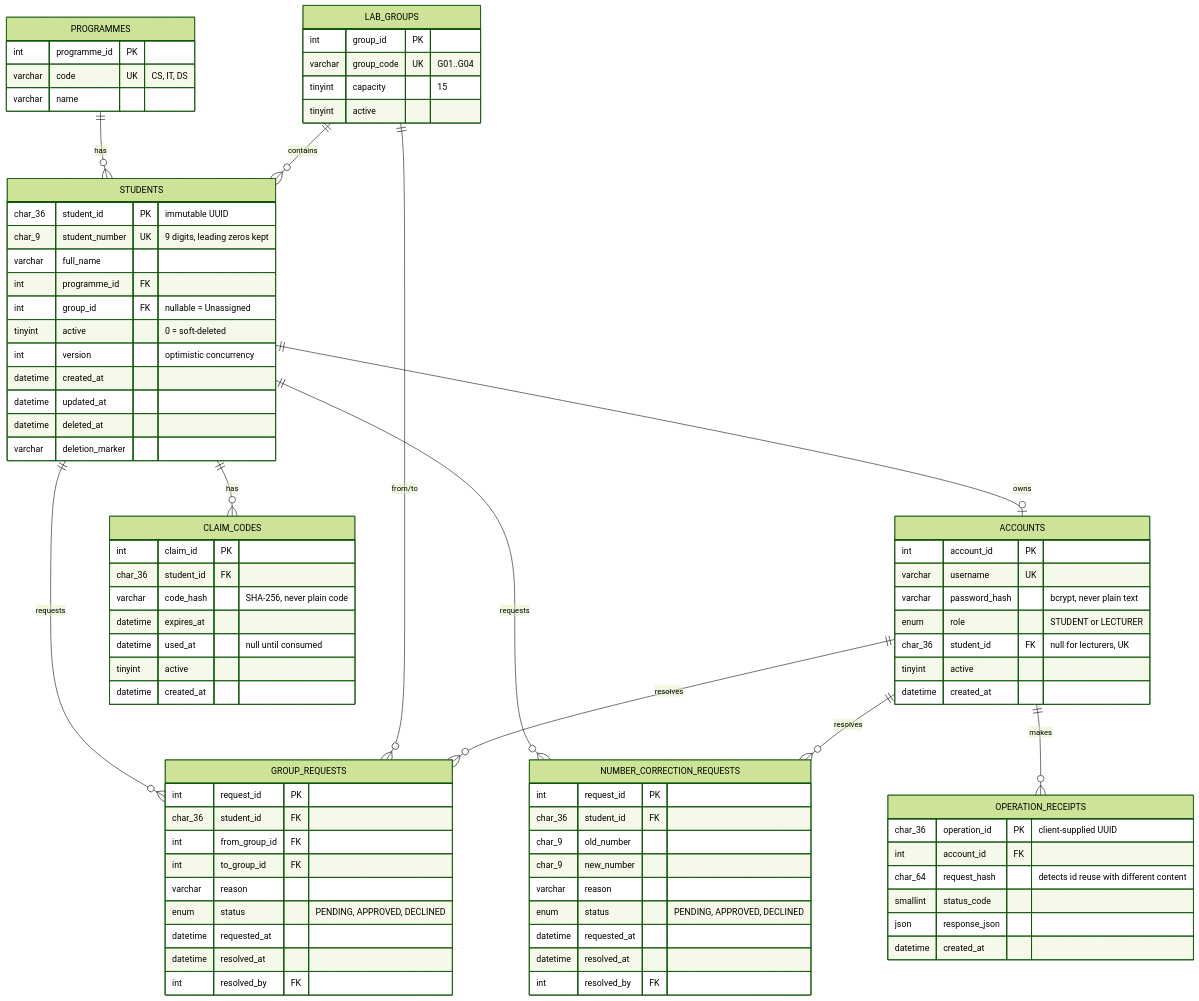
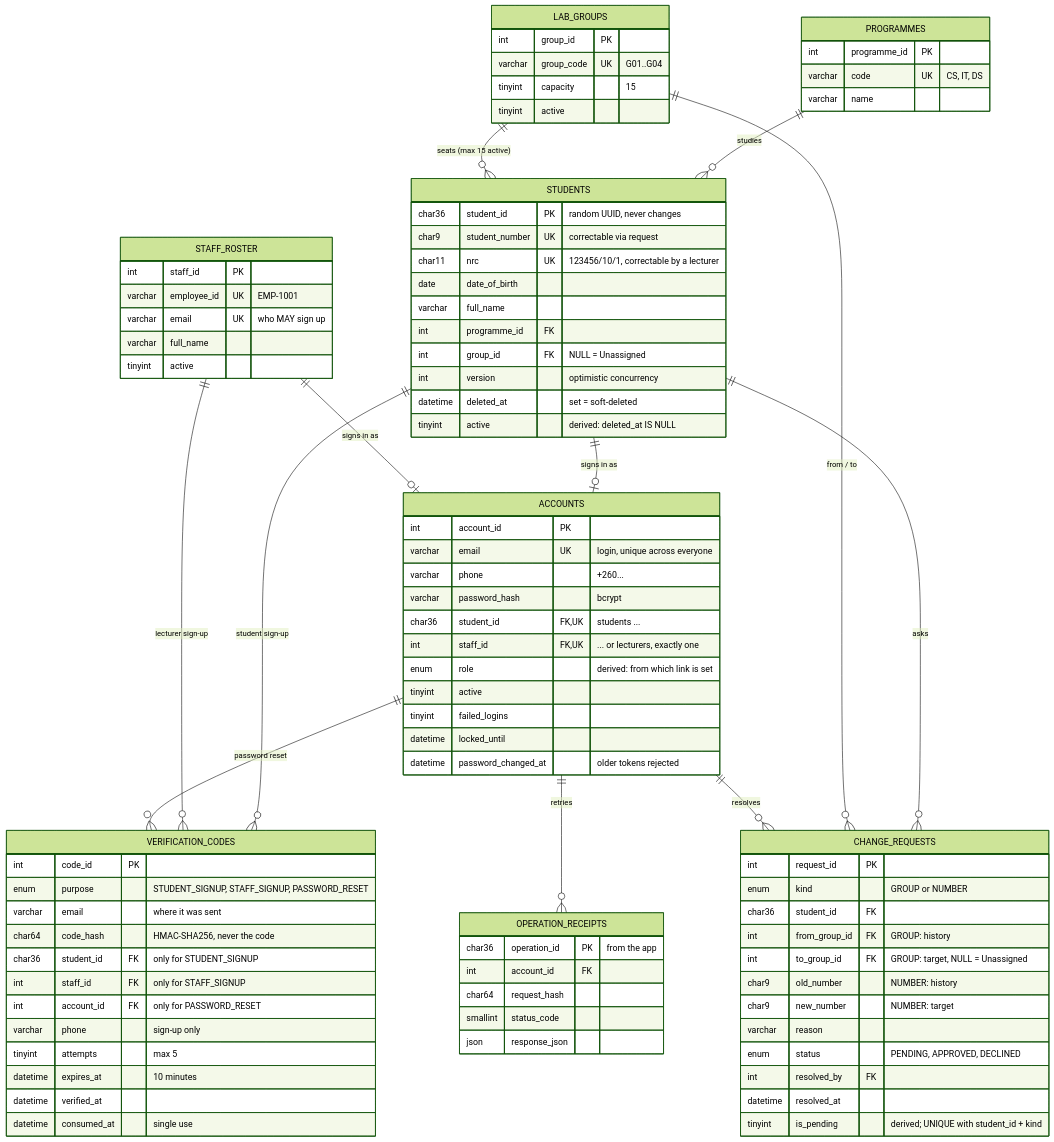
Before and after one commit to emmanuelviazi99-hub/MulungushiRegistrar: the diagram in mulungushi-registrar-backend/database/ER_DIAGRAM.md, drawn with Mermaid (forest theme). The commit also changed other lines of this file and 207 other files, not shown here.

First line of the commit message:
Connect app to backend: email-code sign-up, real sign-in, cleanup

````diff
--- a/mulungushi-registrar-backend/database/ER_DIAGRAM.md
+++ b/mulungushi-registrar-backend/database/ER_DIAGRAM.md
@@ -6,15 +7,16 @@
 ```mermaid
 erDiagram
-    PROGRAMMES ||--o{ STUDENTS : "has"
-    LAB_GROUPS ||--o{ STUDENTS : "contains"
-    STUDENTS ||--o| ACCOUNTS : "owns"
-    STUDENTS ||--o{ CLAIM_CODES : "has"
-    STUDENTS ||--o{ GROUP_REQUESTS : "requests"
-    STUDENTS ||--o{ NUMBER_CORRECTION_REQUESTS : "requests"
-    LAB_GROUPS ||--o{ GROUP_REQUESTS : "from/to"
-    ACCOUNTS ||--o{ GROUP_REQUESTS : "resolves"
-    ACCOUNTS ||--o{ NUMBER_CORRECTION_REQUESTS : "resolves"
-    ACCOUNTS ||--o{ OPERATION_RECEIPTS : "makes"
+    PROGRAMMES ||--o{ STUDENTS : "studies"
+    LAB_GROUPS ||--o{ STUDENTS : "seats (max 15 active)"
+    STUDENTS ||--o| ACCOUNTS : "signs in as"
+    STAFF_ROSTER ||--o| ACCOUNTS : "signs in as"
+    STUDENTS ||--o{ VERIFICATION_CODES : "student sign-up"
+    STAFF_ROSTER ||--o{ VERIFICATION_CODES : "lecturer sign-up"
+    ACCOUNTS ||--o{ VERIFICATION_CODES : "password reset"
+    STUDENTS ||--o{ CHANGE_REQUESTS : "asks"
+    LAB_GROUPS ||--o{ CHANGE_REQUESTS : "from / to"
+    ACCOUNTS ||--o{ CHANGE_REQUESTS : "resolves"
+    ACCOUNTS ||--o{ OPERATION_RECEIPTS : "retries"
 
     PROGRAMMES {
         int programme_id PK
@@ -30,69 +32,75 @@
     }
 
     STUDENTS {
-        char_36 student_id PK "immutable UUID"
-        char_9 student_number UK "9 digits, leading zeros kept"
+        char36 student_id PK "random UUID, never changes"
+        char9 student_number UK "correctable via request"
+        char11 nrc UK "123456/10/1, correctable by a lecturer"
+        date date_of_birth
         varchar full_name
         int programme_id FK
-        int group_id FK "nullable = Unassigned"
-        tinyint active "0 = soft-deleted"
+        int group_id FK "NULL = Unassigned"
         int version "optimistic concurrency"
-        datetime created_at
-        datetime updated_at
-        datetime deleted_at
-        varchar deletion_marker
+        datetime deleted_at "set = soft-deleted"
+        tinyint active "derived: deleted_at IS NULL"
+    }
+
+    STAFF_ROSTER {
+        int staff_id PK
+        varchar employee_id UK "EMP-1001"
+        varchar email UK "who MAY sign up"
+        varchar full_name
+        tinyint active
     }
 
     ACCOUNTS {
         int account_id PK
-        varchar username UK
-        varchar password_hash "bcrypt, never plain text"
-        enum role "STUDENT or LECTURER"
-        char_36 student_id FK "null for lecturers, UK"
+        varchar email UK "login, unique across everyone"
+        varchar phone "+260..."
+        varchar password_hash "bcrypt"
+        char36 student_id FK,UK "students ..."
+        int staff_id FK,UK "... or lecturers, exactly one"
+        enum role "derived: from which link is set"
         tinyint active
-        datetime created_at
+        tinyint failed_logins
+        datetime locked_until
+        datetime password_changed_at "older tokens rejected"
     }
 
-    CLAIM_CODES {
-        int claim_id PK
-        char_36 student_id FK
-        varchar code_hash "SHA-256, never plain code"
-        datetime expires_at
-        datetime used_at "null until consumed"
-        tinyint active
-        datetime created_at
+    VERIFICATION_CODES {
+        int code_id PK
+        enum purpose "STUDENT_SIGNUP, STAFF_SIGNUP, PASSWORD_RESET"
+        varchar email "where it was sent"
+        char64 code_hash "HMAC-SHA256, never the code"
+        char36 student_id FK "only for STUDENT_SIGNUP"
+        int staff_id FK "only for STAFF_SIGNUP"
+        int account_id FK "only for PASSWORD_RESET"
+        varchar phone "sign-up only"
+        tinyint attempts "max 5"
+        datetime expires_at "10 minutes"
+        datetime verified_at
+        datetime consumed_at "single use"
     }
 
-    GROUP_REQUESTS {
+    CHANGE_REQUESTS {
         int request_id PK
-        char_36 student_id FK
-        int from_group_id FK
-        int to_group_id FK
+        enum kind "GROUP or NUMBER"
+        char36 student_id FK
+        int from_group_id FK "GROUP: history"
+        int to_group_id FK "GROUP: target, NULL = Unassigned"
+        char9 old_number "NUMBER: history"
+        char9 new_number "NUMBER: target"
         varchar reason
         enum status "PENDING, APPROVED, DECLINED"
-        datetime requested_at
+        int resolved_by FK
         datetime resolved_at
-        int resolved_by FK
-    }
-
-    NUMBER_CORRECTION_REQUESTS {
-        int request_id PK
-        char_36 student_id FK
-        char_9 old_number
-        char_9 new_number
-        varchar reason
-        enum status "PENDING, APPROVED, DECLINED"
-        datetime requested_at
-        datetime resolved_at
-        int resolved_by FK
+        tinyint is_pending "derived; UNIQUE with student_id + kind"
     }
 
     OPERATION_RECEIPTS {
-        char_36 operation_id PK "client-supplied UUID"
+        char36 operation_id PK "from the app"
         int account_id FK
-        char_64 request_hash "detects id reuse with different content"
+        char64 request_hash
         smallint status_code
         json response_json
-        datetime created_at
     }
 ```
````
